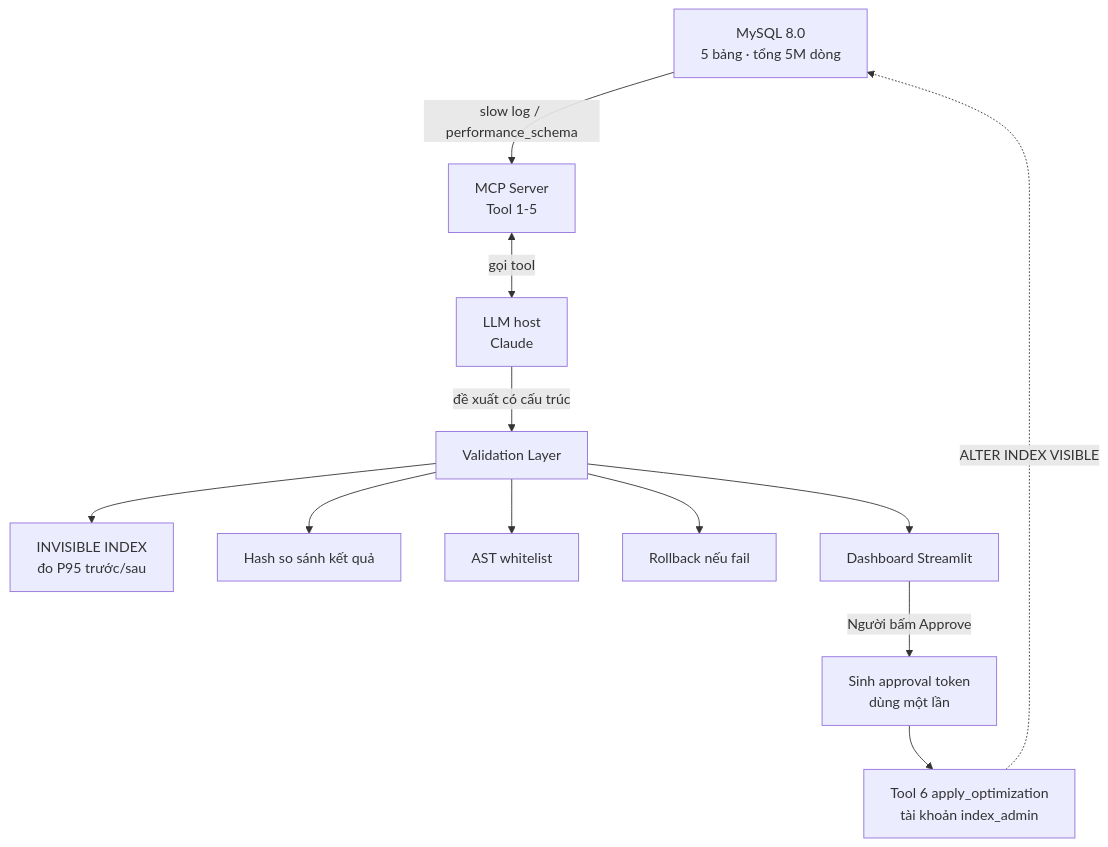
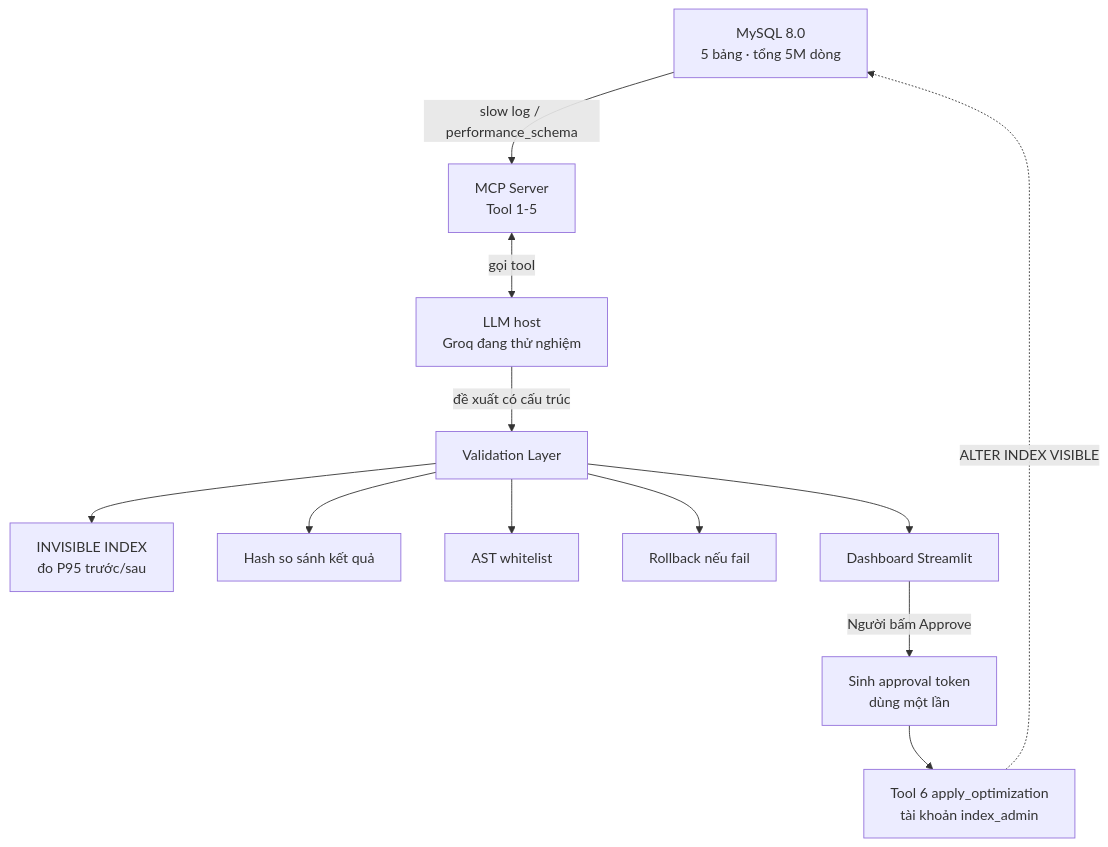
The diagram in README.md (lam-vu6868/mcp-slowquery-optimizer), drawn with Mermaid before and after one commit. The commit also changed other lines of this file and 14 other files, not shown here.

````diff
--- a/README.md
+++ b/README.md
@@ -29,14 +29,14 @@
 ```mermaid
 flowchart TD
     A[MySQL 8.0<br/>5 bảng · tổng 5M dòng] -->|slow log / performance_schema| B[MCP Server<br/>Tool 1-5]
-    B <-->|gọi tool| C[LLM host<br/>Claude]
+    B <-->|gọi tool| C[LLM host<br/>Groq đang thử nghiệm]
     C -->|đề xuất có cấu trúc| V[Validation Layer]
     V --> V1[INVISIBLE INDEX<br/>đo P95 trước/sau]
     V --> V2[Hash so sánh kết quả]
     V --> V3[AST whitelist]
     V --> V4[Rollback nếu fail]
     V --> D[Dashboard Streamlit]
     D -->|Người bấm Approve| T[Sinh approval token<br/>dùng một lần]
     T --> B6[Tool 6 apply_optimization<br/>tài khoản index_admin]
     B6 -.->|ALTER INDEX VISIBLE| A
 ```
````
